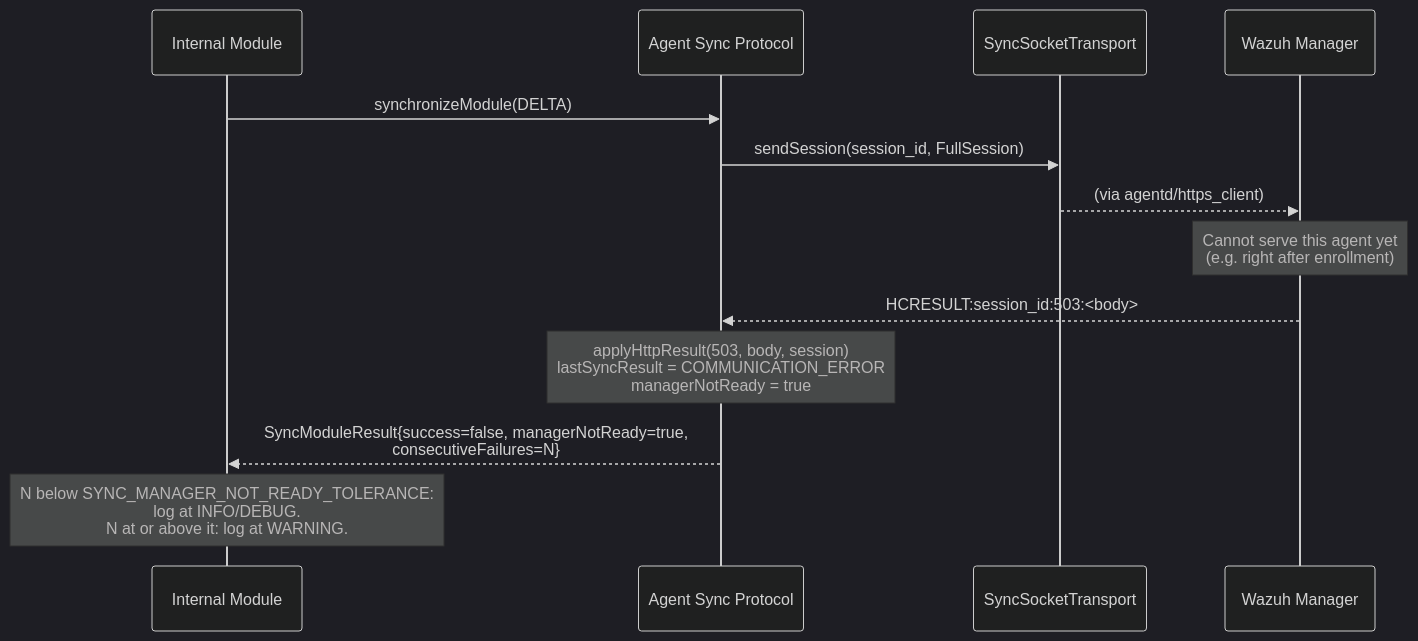
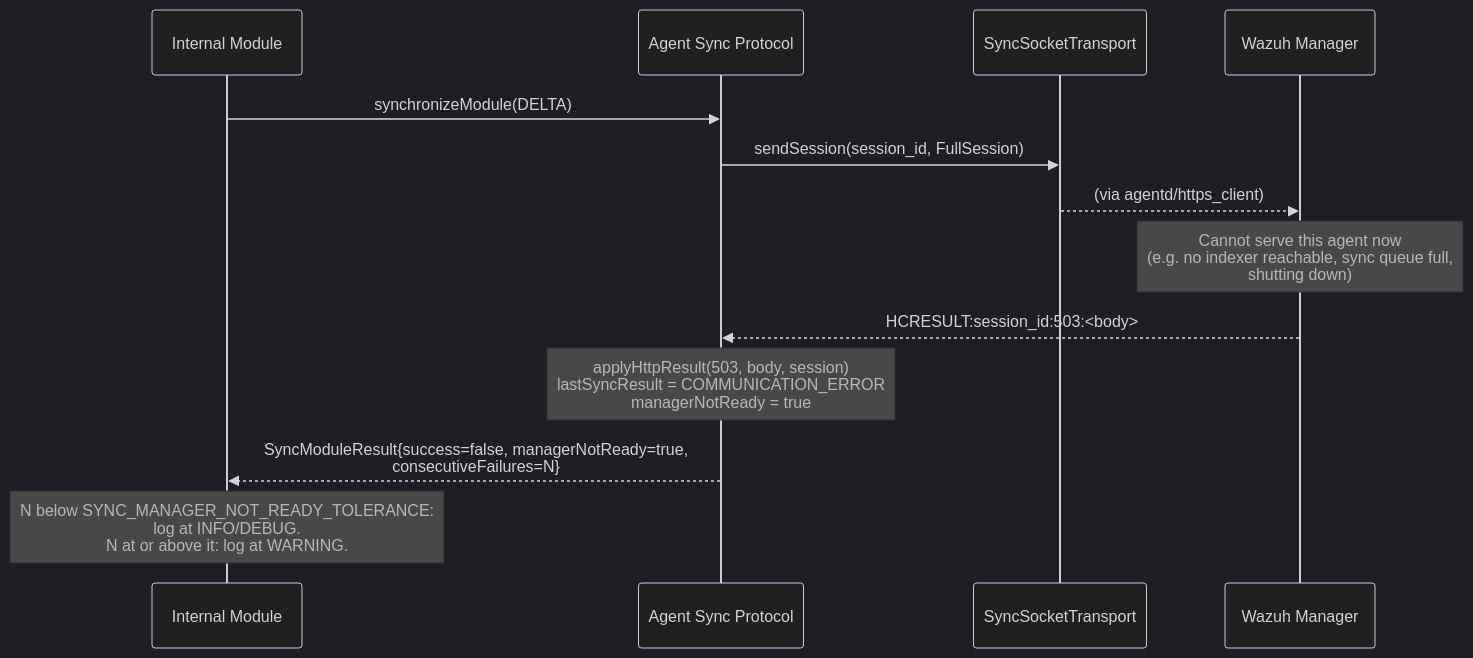
Before and after one commit to wazuh/wazuh: the ninth of 12 diagrams in docs/ref/modules/utils/sync-protocol/sequence-diagrams.md, drawn with Mermaid (dark theme). The commit also changed other lines of this file and 264 other files, not shown here.

````diff
--- a/docs/ref/modules/utils/sync-protocol/sequence-diagrams.md
+++ b/docs/ref/modules/utils/sync-protocol/sequence-diagrams.md
@@ -245,19 +245,19 @@
 ```mermaid
 sequenceDiagram
     participant Module as Internal Module
     participant ASP as Agent Sync Protocol
     participant Transport as SyncSocketTransport
     participant Manager as Wazuh Manager
 
     Module->>ASP: synchronizeModule(DELTA)
     ASP->>Transport: sendSession(session_id, FullSession)
     Transport-->>Manager: (via agentd/https_client)
 
-    Note over Manager: Cannot serve this agent yet<br/>(e.g. right after enrollment)
+    Note over Manager: Cannot serve this agent now<br/>(e.g. no indexer reachable, sync queue full,<br/>shutting down)
 
     Manager-->>ASP: HCRESULT:session_id:503:<body>
     Note over ASP: applyHttpResult(503, body, session)<br/>lastSyncResult = COMMUNICATION_ERROR<br/>managerNotReady = true
 
     ASP-->>Module: SyncModuleResult{success=false, managerNotReady=true,<br/>consecutiveFailures=N}
     Note over Module: N below SYNC_MANAGER_NOT_READY_TOLERANCE:<br/>log at INFO/DEBUG.<br/>N at or above it: log at WARNING.
 ```
````
